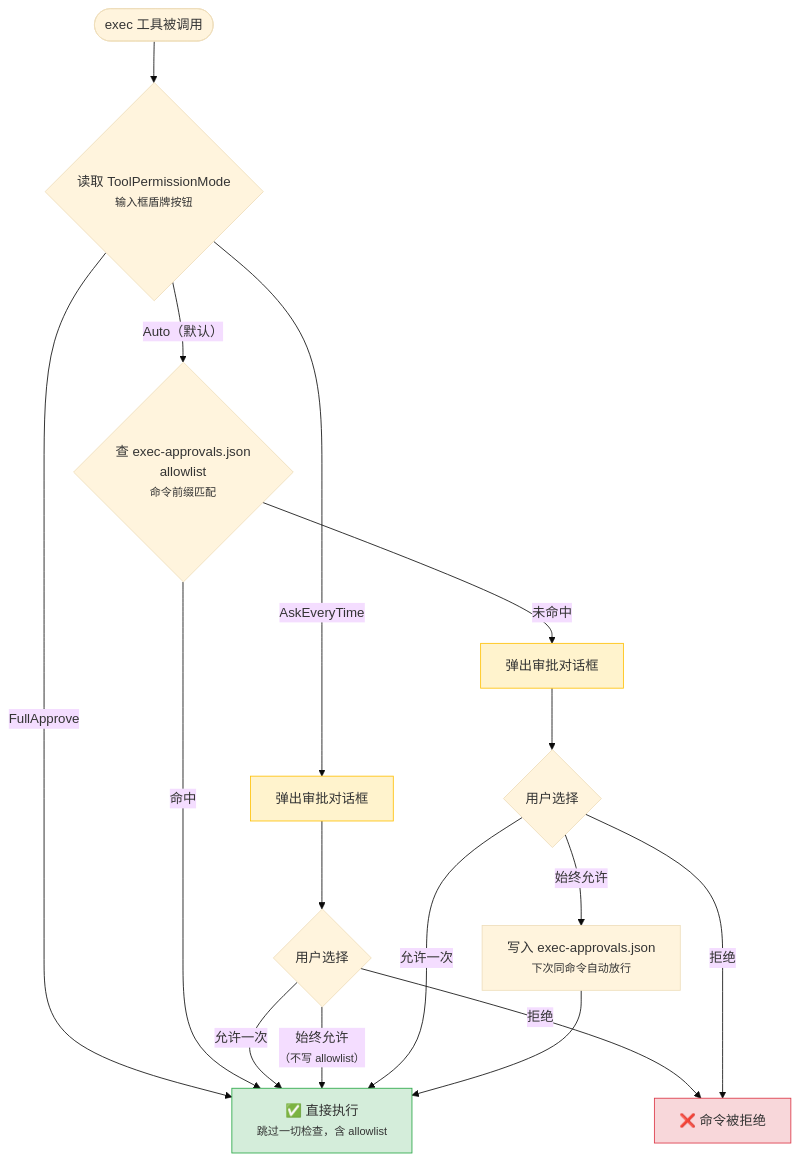
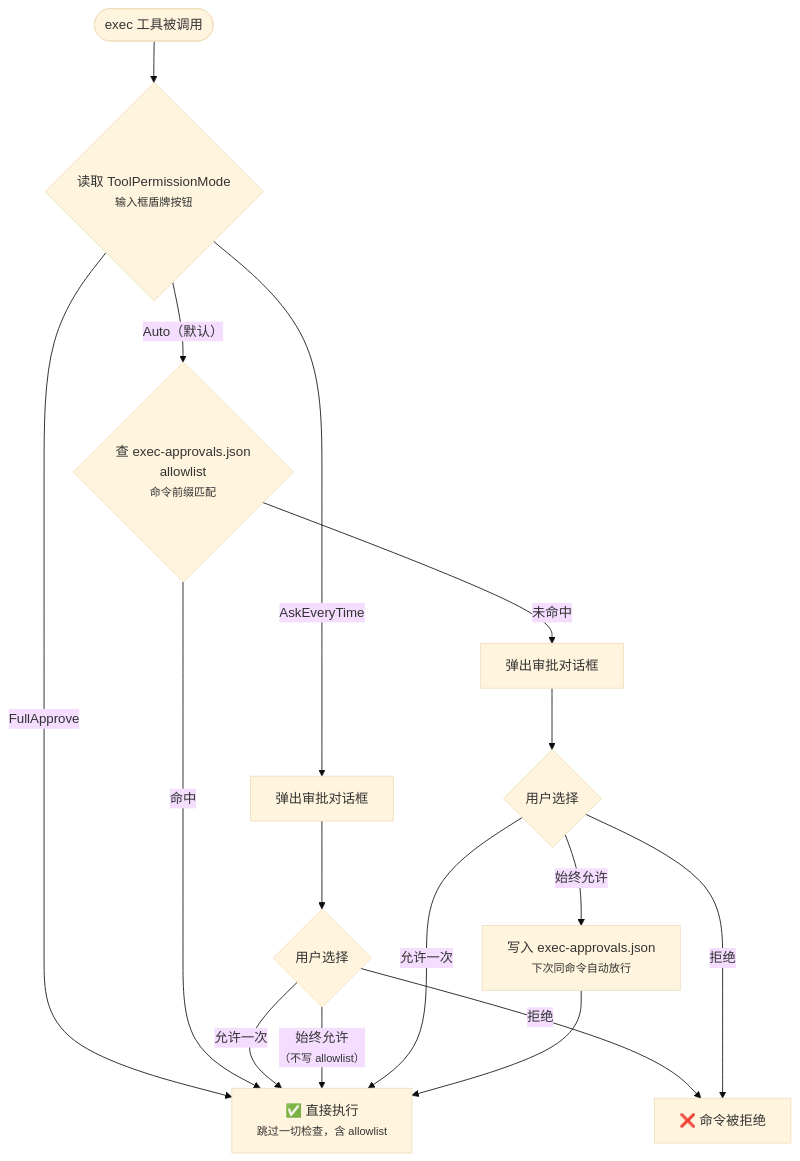
One commit to shiwenwen/hope-agent changed the tenth of 11 diagrams in docs/architecture/tool-system.md. Above: the diagram before and after it, drawn with Mermaid (base theme). The commit also changed other lines of this file and 13 other files, not shown here.

First line of the commit message:
docs: 移除 mermaid 图表中的自定义背景色填充

````diff
--- a/docs/architecture/tool-system.md
+++ b/docs/architecture/tool-system.md
@@ -807,26 +783,22 @@
 ```mermaid
 flowchart TD
     ExecStart([exec 工具被调用]) --> ExecPerm{读取 ToolPermissionMode<br/><small>输入框盾牌按钮</small>}
 
     ExecPerm -- FullApprove --> ExecRun[✅ 直接执行<br/><small>跳过一切检查，含 allowlist</small>]
     ExecPerm -- AskEveryTime --> ExecAsk[弹出审批对话框]
     ExecPerm -- "Auto（默认）" --> CheckAllowlist{查 exec-approvals.json<br/>allowlist<br/><small>命令前缀匹配</small>}
 
     CheckAllowlist -- 命中 --> ExecRun
     CheckAllowlist -- 未命中 --> ExecAskAuto[弹出审批对话框]
 
     ExecAsk --> ExecChoice1{用户选择}
     ExecChoice1 -- 允许一次 --> ExecRun
     ExecChoice1 -- "始终允许<br/><small>（不写 allowlist）</small>" --> ExecRun
     ExecChoice1 -- 拒绝 --> ExecDenied[❌ 命令被拒绝]
 
     ExecAskAuto --> ExecChoice2{用户选择}
     ExecChoice2 -- 允许一次 --> ExecRun
     ExecChoice2 -- 始终允许 --> WriteExecAllowlist[写入 exec-approvals.json<br/><small>下次同命令自动放行</small>] --> ExecRun
     ExecChoice2 -- 拒绝 --> ExecDenied
 
-    style ExecRun fill:#d4edda,stroke:#28a745
-    style ExecDenied fill:#f8d7da,stroke:#dc3545
-    style ExecAsk fill:#fff3cd,stroke:#ffc107
-    style ExecAskAuto fill:#fff3cd,stroke:#ffc107
 ```
````
